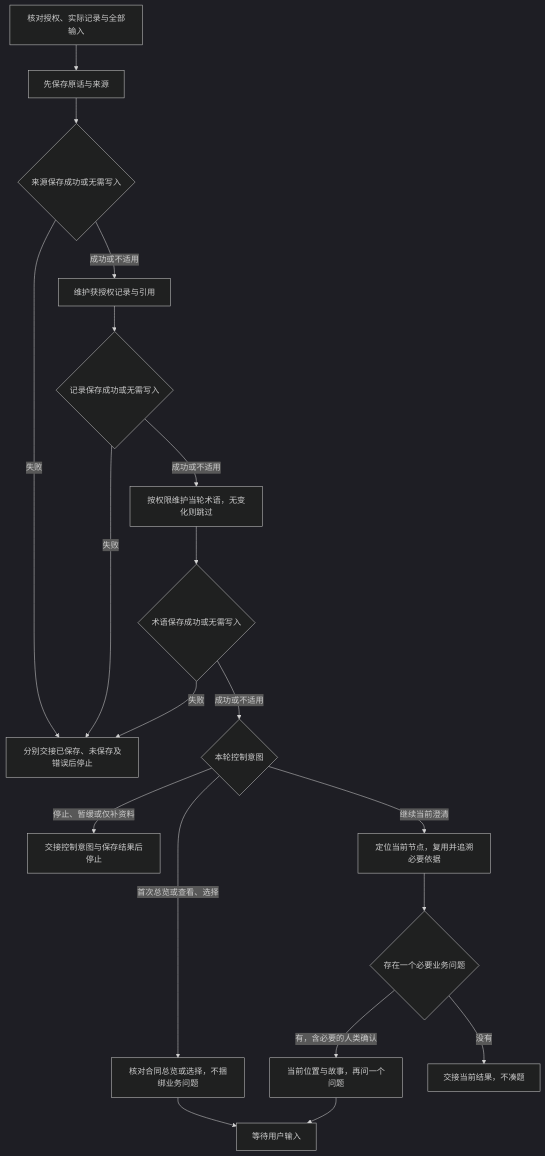
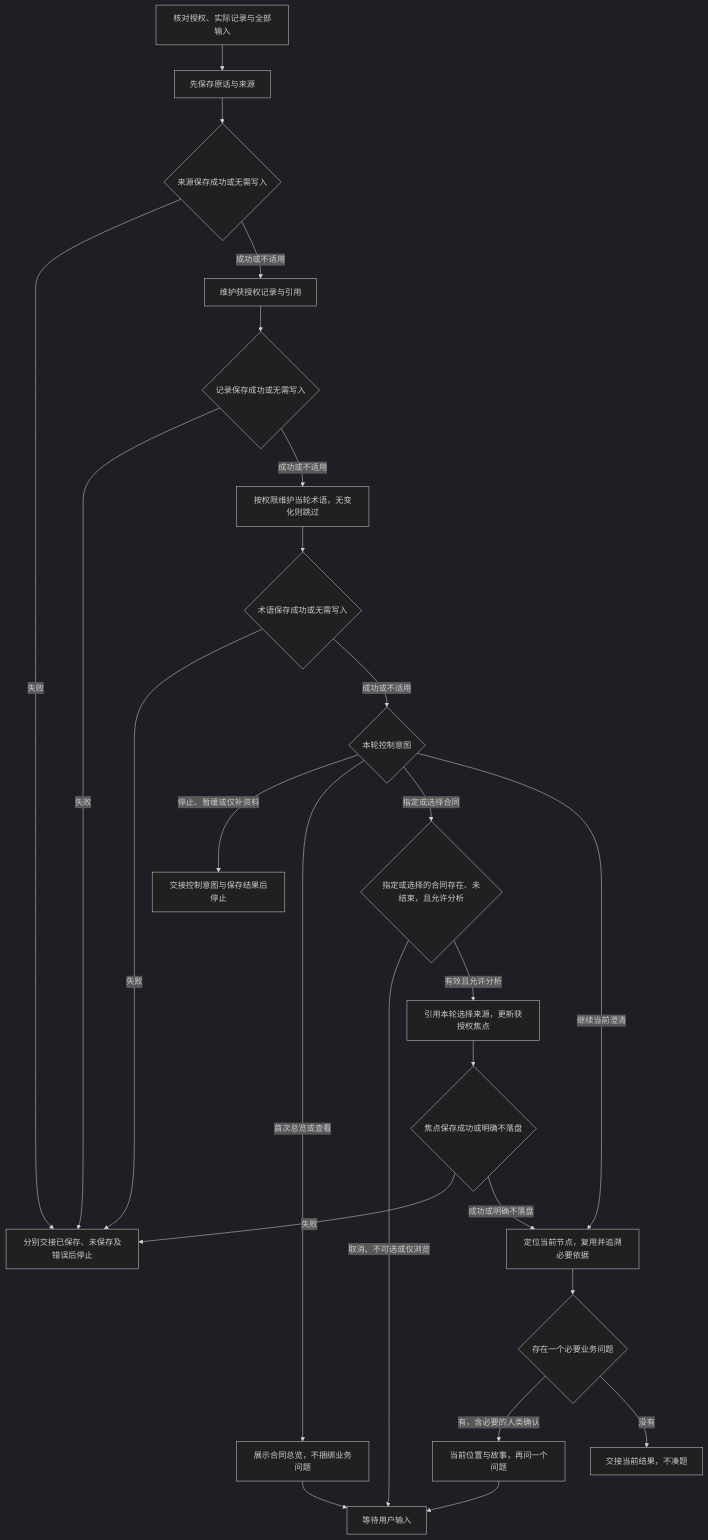
One commit to JayClock/Evidence-Framework changed the diagram in .agents/skills/evidence-discovery/references/interview.md. Above: the diagram before and after it, drawn with Mermaid (dark theme). The commit also changed 152 other files, not shown here.

````diff
--- a/.agents/skills/evidence-discovery/references/interview.md
+++ b/.agents/skills/evidence-discovery/references/interview.md
@@ -9,37 +9,46 @@
 ```mermaid
 flowchart TD
     input[核对授权、实际记录与全部输入]
     source[先保存原话与来源]
     sourceSaved{来源保存成功或无需写入}
     record[维护获授权记录与引用]
     recordSaved{记录保存成功或无需写入}
     language[按权限维护当轮术语，无变化则跳过]
     languageSaved{术语保存成功或无需写入}
     control{本轮控制意图}
-    navigation[核对合同总览或选择，不捆绑业务问题]
+    navigation[展示合同总览，不捆绑业务问题]
+    selection{指定或选择的合同存在、未结束，且允许分析}
+    selectSave[引用本轮选择来源，更新获授权焦点]
+    selectSaved{焦点保存成功或明确不落盘}
     focus[定位当前节点，复用并追溯必要依据]
     needed{存在一个必要业务问题}
     question[当前位置与故事，再问一个问题]
     failed[分别交接已保存、未保存及错误后停止]
     stop[交接控制意图与保存结果后停止]
     handoff[交接当前结果，不凑题]
     wait[等待用户输入]
     input --> source
     source --> sourceSaved
     sourceSaved -->|失败| failed
     sourceSaved -->|成功或不适用| record
     record --> recordSaved
     recordSaved -->|失败| failed
     recordSaved -->|成功或不适用| language
     language --> languageSaved
     languageSaved -->|失败| failed
     languageSaved -->|成功或不适用| control
     control -->|停止、暂缓或仅补资料| stop
-    control -->|首次总览或查看、选择| navigation
+    control -->|首次总览或查看| navigation
+    control -->|指定或选择合同| selection
     control -->|继续当前澄清| focus
     navigation --> wait
+    selection -->|取消、不可选或仅浏览| wait
+    selection -->|有效且允许分析| selectSave
+    selectSave --> selectSaved
+    selectSaved -->|失败| failed
+    selectSaved -->|成功或明确不落盘| focus
     focus --> needed
     needed -->|有，含必要的人类确认| question
     needed -->|没有| handoff
     question --> wait
 ```
````
